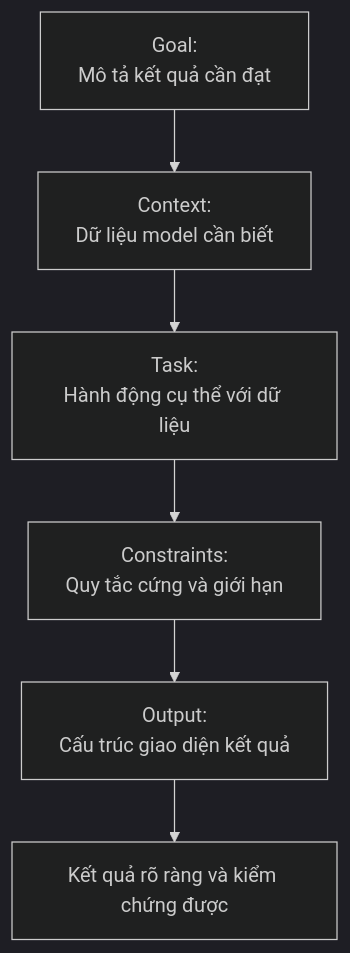
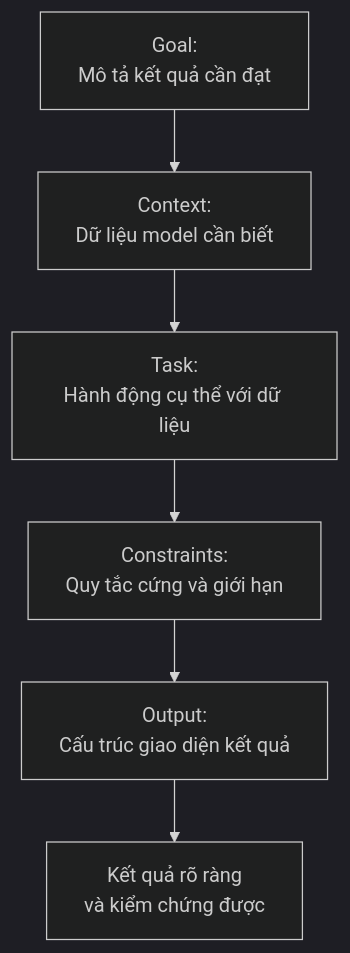
The first of 2 diagrams in content/posts/chuan-muc-viet-prompt-tu-yeu-cau-mo-ho-den-ban-dac-ta.md (nguyengoctin/my_website), drawn with Mermaid (dark theme) before and after one commit. The commit also changed other lines of this file and 22 other files, not shown here.

````diff
--- a/content/posts/chuan-muc-viet-prompt-tu-yeu-cau-mo-ho-den-ban-dac-ta.md
+++ b/content/posts/chuan-muc-viet-prompt-tu-yeu-cau-mo-ho-den-ban-dac-ta.md
@@ -53,8 +53,8 @@
 ```mermaid
 flowchart TD
 GoalNode["Goal:<br/>Mô tả kết quả cần đạt"] --> ContextNode["Context:<br/>Dữ liệu model cần biết"]
 ContextNode --> TaskNode["Task:<br/>Hành động cụ thể với dữ liệu"]
 TaskNode --> ConstraintNode["Constraints:<br/>Quy tắc cứng và giới hạn"]
 ConstraintNode --> OutputNode["Output:<br/>Cấu trúc giao diện kết quả"]
-OutputNode --> ResultNode["Kết quả rõ ràng và kiểm chứng được"]
+OutputNode --> ResultNode["Kết quả rõ ràng<br/>và kiểm chứng được"]
 ```
````
